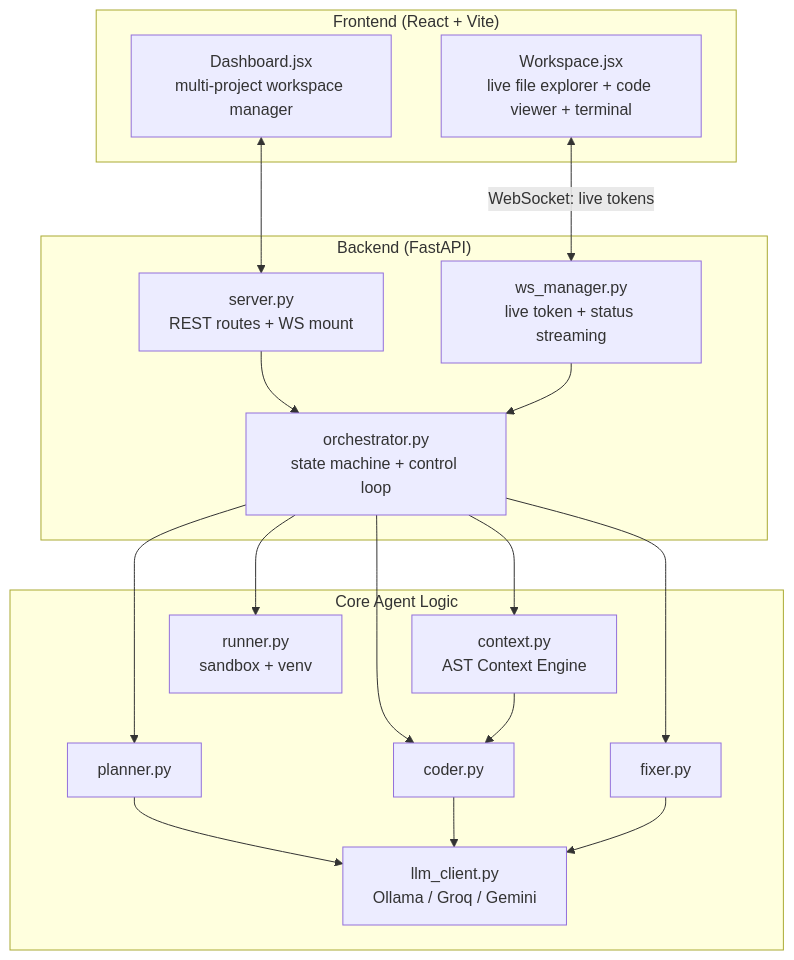
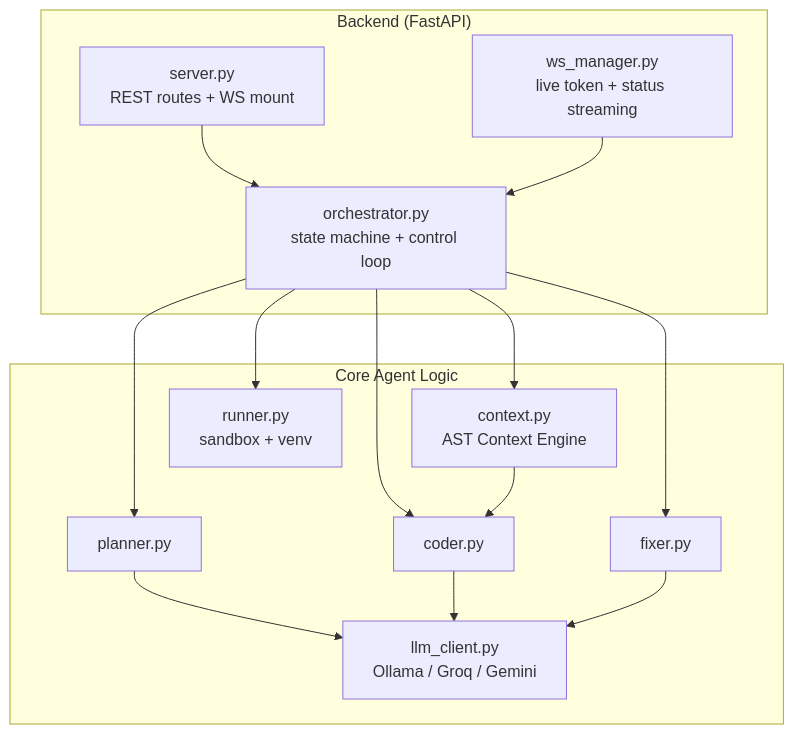
Before and after one commit to abhinav-vasudevan/Context-agent: the sixth of 12 diagrams in Context_Agent_Approach_Document.md, drawn with Mermaid. The commit also changed other lines of this file and 15 other files, not shown here.

Commit message:
integrate Graph UI and fix Neo4j queries

````diff
--- a/Context_Agent_Approach_Document.md
+++ b/Context_Agent_Approach_Document.md
@@ -220,36 +220,29 @@
 ```mermaid
 flowchart TB
-    subgraph Client["Frontend (React + Vite)"]
-        Dash[Dashboard.jsx<br/>multi-project workspace manager]
-        WS_UI[Workspace.jsx<br/>live file explorer + code viewer + terminal]
-    end
-
     subgraph Server["Backend (FastAPI)"]
         API[server.py<br/>REST routes + WS mount]
         Orc[orchestrator.py<br/>state machine + control loop]
         WSM[ws_manager.py<br/>live token + status streaming]
     end
 
     subgraph Core["Core Agent Logic"]
         Plan[planner.py]
         Ctx[context.py<br/>AST Context Engine]
         Coder[coder.py]
         Fix[fixer.py]
         Run[runner.py<br/>sandbox + venv]
         LLM[llm_client.py<br/>Ollama / Groq / Gemini]
     end
 
-    Dash <--> API
-    WS_UI <-->|"WebSocket: live tokens"| WSM
     API --> Orc
     WSM --> Orc
     Orc --> Plan
     Orc --> Ctx
     Orc --> Coder
     Orc --> Fix
     Orc --> Run
     Plan --> LLM
     Coder --> LLM
     Fix --> LLM
     Ctx --> Coder
 ```
````
